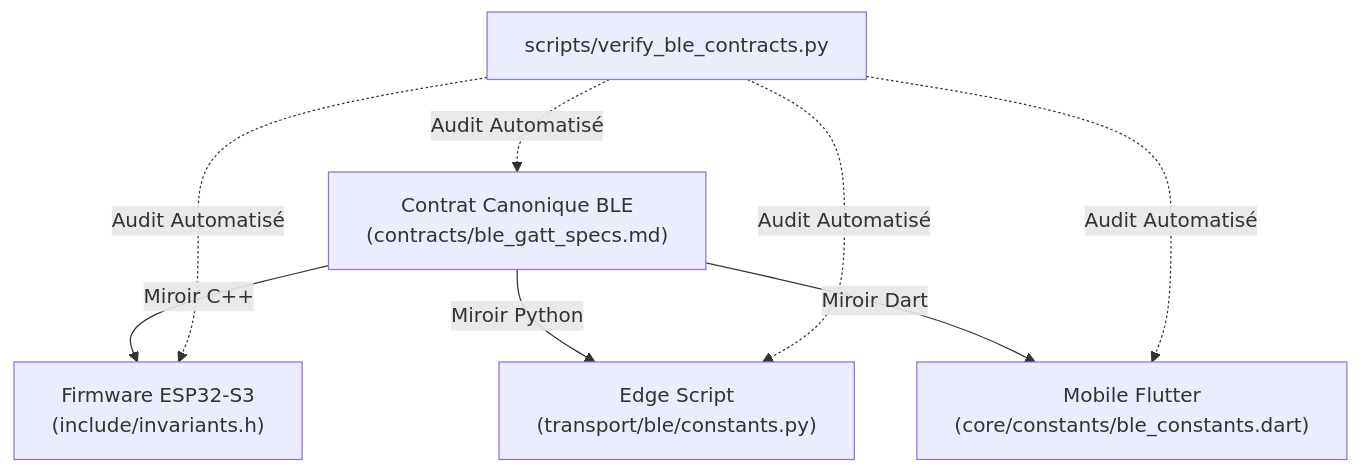
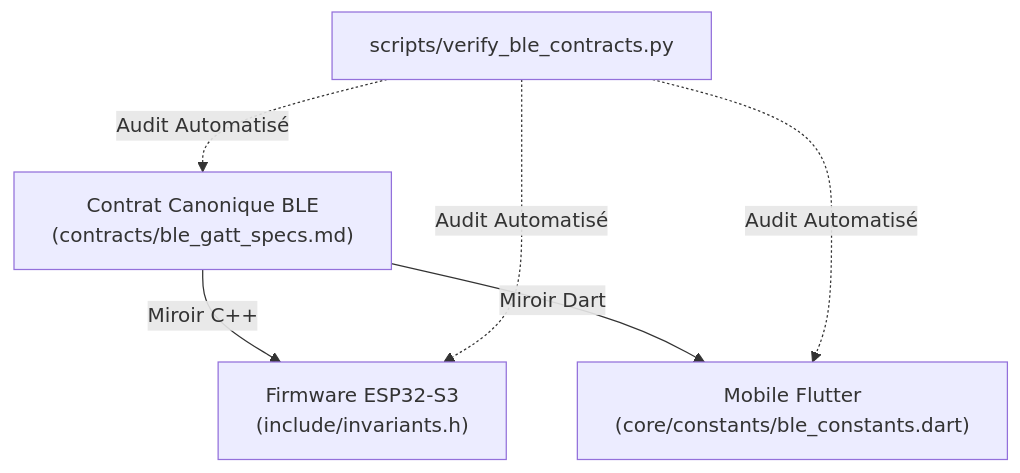
The second of 2 diagrams in docs/architecture/spec_first_workflow.md (daverck/health-kicks-ecosystem), drawn with Mermaid before and after one commit. The commit also changed other lines of this file and 16 other files, not shown here.

Commit message:
chore(ecosystem): remove legacy health-kicks-edge-script submodule and clean ecosystem references

````diff
--- a/docs/architecture/spec_first_workflow.md
+++ b/docs/architecture/spec_first_workflow.md
@@ -83,11 +83,9 @@
 ```mermaid
 flowchart TD
     Contract["Contrat Canonique BLE<br/>(contracts/ble_gatt_specs.md)"]
     Contract -->|Miroir C++| FW["Firmware ESP32-S3<br/>(include/invariants.h)"]
-    Contract -->|Miroir Python| Edge["Edge Script<br/>(transport/ble/constants.py)"]
     Contract -->|Miroir Dart| Mob["Mobile Flutter<br/>(core/constants/ble_constants.dart)"]
     Verif["scripts/verify_ble_contracts.py"] -.->|Audit Automatisé| Contract
     Verif -.->|Audit Automatisé| FW
-    Verif -.->|Audit Automatisé| Edge
     Verif -.->|Audit Automatisé| Mob
 ```
````
